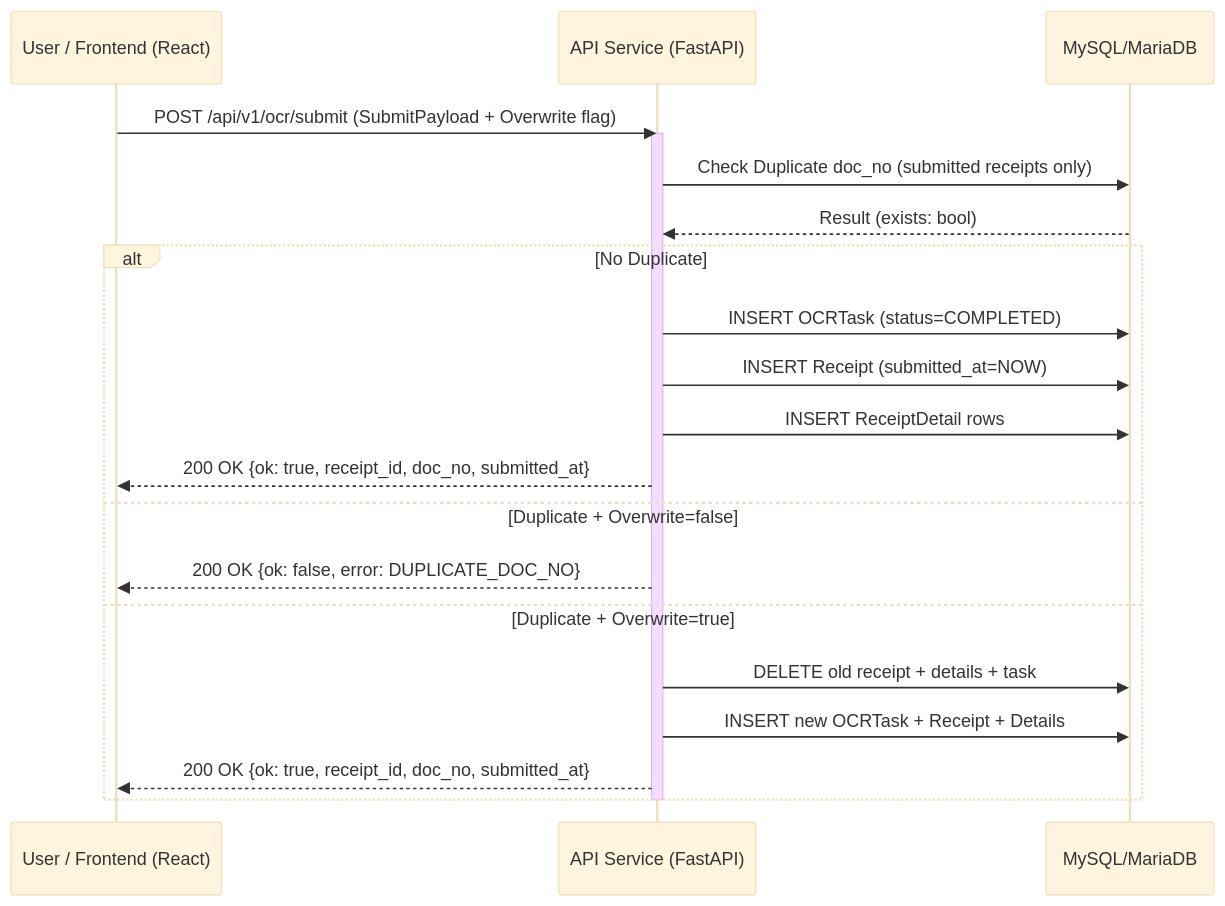
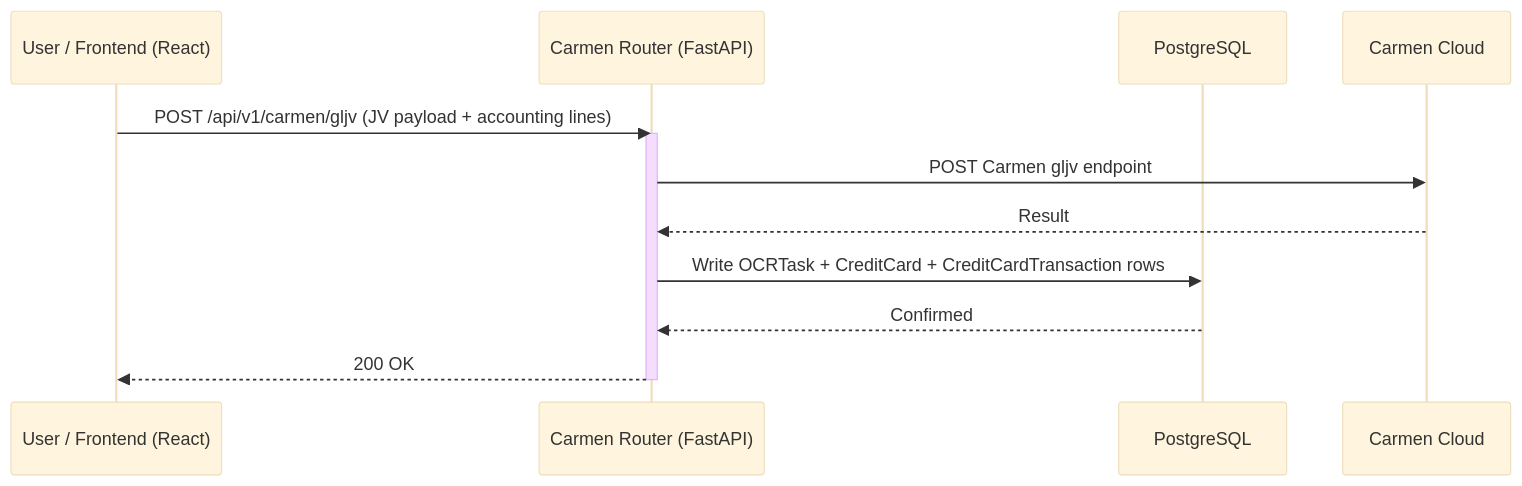
One commit to developer-carmensoftware/OCR changed the eighth of 8 diagrams in docs/Software_Requirements_Specification.md. Above: the diagram before and after it, drawn with Mermaid (base theme). The commit also changed other lines of this file and 27 other files, not shown here.

````diff
--- a/docs/Software_Requirements_Specification.md
+++ b/docs/Software_Requirements_Specification.md
@@ -303,24 +296,16 @@
 ```mermaid
 sequenceDiagram
     participant User as User / Frontend (React)
-    participant API as API Service (FastAPI)
-    participant DB as MySQL/MariaDB
+    participant API as Carmen Router (FastAPI)
+    participant DB as PostgreSQL
+    participant Carmen as Carmen Cloud
 
-    User->>API: POST /api/v1/ocr/submit (SubmitPayload + Overwrite flag)
+    User->>API: POST /api/v1/carmen/gljv (JV payload + accounting lines)
     activate API
-    API->>DB: Check Duplicate doc_no (submitted receipts only)
-    DB-->>API: Result (exists: bool)
-    alt No Duplicate
-        API->>DB: INSERT OCRTask (status=COMPLETED)
-        API->>DB: INSERT Receipt (submitted_at=NOW)
-        API->>DB: INSERT ReceiptDetail rows
-        API-->>User: 200 OK {ok: true, receipt_id, doc_no, submitted_at}
-    else Duplicate + Overwrite=false
-        API-->>User: 200 OK {ok: false, error: DUPLICATE_DOC_NO}
-    else Duplicate + Overwrite=true
-        API->>DB: DELETE old receipt + details + task
-        API->>DB: INSERT new OCRTask + Receipt + Details
-        API-->>User: 200 OK {ok: true, receipt_id, doc_no, submitted_at}
-    end
+    API->>Carmen: POST Carmen gljv endpoint
+    Carmen-->>API: Result
+    API->>DB: Write OCRTask + CreditCard + CreditCardTransaction rows
+    DB-->>API: Confirmed
+    API-->>User: 200 OK
     deactivate API
 ```
````
